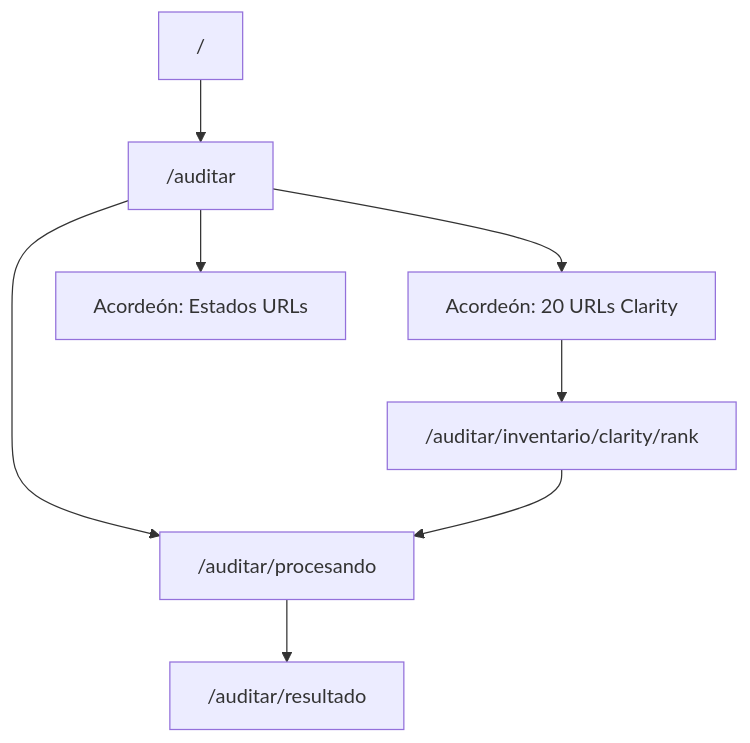
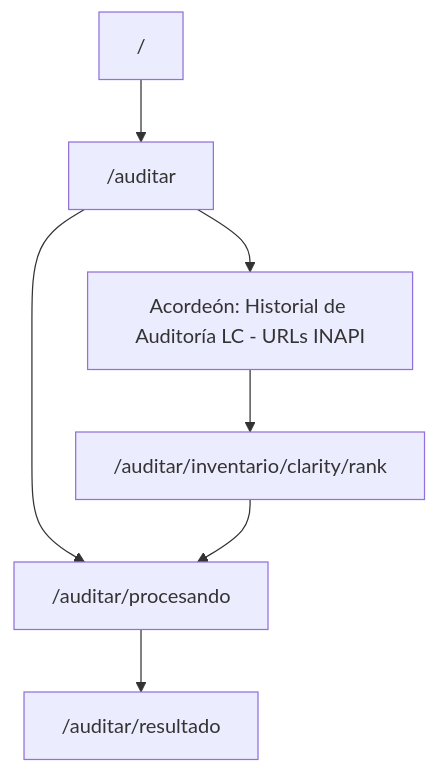
The diagram in docs/ux/inventario-urls-clarity.md (Fernandodesign96/lc-inapi.app), drawn with Mermaid before and after one commit. The commit also changed other lines of this file and 5 other files, not shown here.

Commit message:
docs(inventario): unificar historial LC en una sola sección en /auditar Documentar eliminación planificada de «URLs con estados resueltos», título Historial de Auditoría LC - URLs INAPI, observaciones en ficha y filtros Etapa 5 en tabla única. DEVLOG 2026-05-28.

````diff
--- a/docs/ux/inventario-urls-clarity.md
+++ b/docs/ux/inventario-urls-clarity.md
@@ -146,10 +155,9 @@
 ```mermaid
 flowchart TB
   Home["/"] --> Auditar["/auditar"]
   Auditar --> Procesando["/auditar/procesando"]
   Procesando --> Resultado["/auditar/resultado"]
-  Auditar --> AccordionClarity["Acordeón: 20 URLs Clarity"]
-  Auditar --> AccordionEstados["Acordeón: Estados URLs"]
-  AccordionClarity --> Ficha["/auditar/inventario/clarity/rank"]
+  Auditar --> AccordionHistorial["Acordeón: Historial de Auditoría LC - URLs INAPI"]
+  AccordionHistorial --> Ficha["/auditar/inventario/clarity/rank"]
   Ficha --> Procesando
 ```
````
